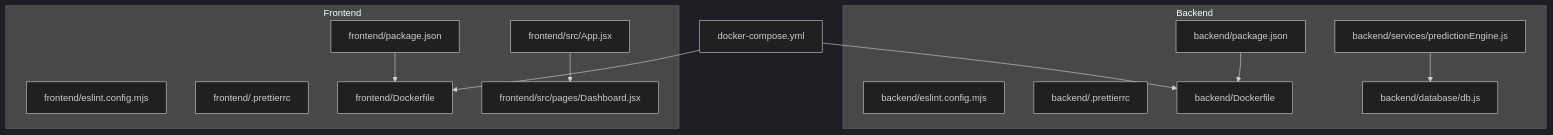
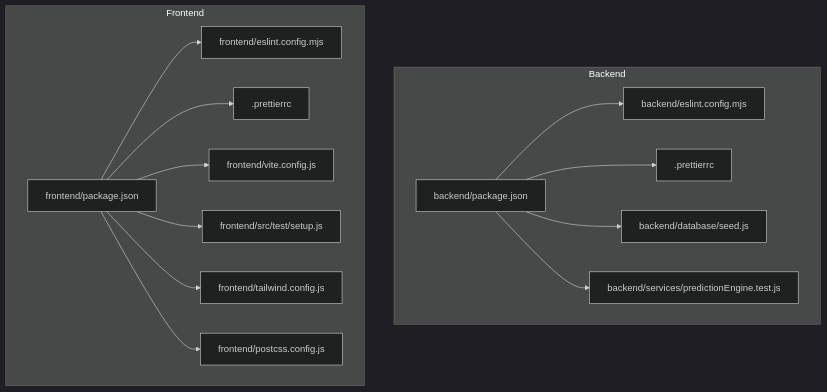
The first of 6 diagrams in .qoder/repowiki/en/content/Development Guidelines.md (cheesiong/WC26-qwen), drawn with Mermaid (dark theme) before and after one commit. The commit also changed other lines of this file and 181 other files, not shown here.

````diff
--- a/.qoder/repowiki/en/content/Development Guidelines.md
+++ b/.qoder/repowiki/en/content/Development Guidelines.md
@@ -44,26 +51,29 @@
 ```mermaid
 graph TB
 subgraph "Backend"
 BE_PKG["backend/package.json"]
-BE_ESL["backend/eslint.config.mjs"]
-BE_PRT["backend/.prettierrc"]
-BE_DOCK["backend/Dockerfile"]
-BE_DB["backend/database/db.js"]
-BE_SRV["backend/services/predictionEngine.js"]
+BE_ESLINT["backend/eslint.config.mjs"]
+BE_PRETTIER[".prettierrc"]
+BE_DB["backend/database/seed.js"]
+BE_TEST["backend/services/predictionEngine.test.js"]
 end
 subgraph "Frontend"
 FE_PKG["frontend/package.json"]
-FE_ESL["frontend/eslint.config.mjs"]
-FE_PRT["frontend/.prettierrc"]
-FE_DOCK["frontend/Dockerfile"]
-FE_APP["frontend/src/App.jsx"]
-FE_DASH["frontend/src/pages/Dashboard.jsx"]
+FE_ESLINT["frontend/eslint.config.mjs"]
+FE_PRETTIER[".prettierrc"]
+FE_VITE["frontend/vite.config.js"]
+FE_SETUP["frontend/src/test/setup.js"]
+FE_TAILWIND["frontend/tailwind.config.js"]
+FE_POSTCSS["frontend/postcss.config.js"]
 end
-DC["docker-compose.yml"]
-BE_PKG --> BE_DOCK
-FE_PKG --> FE_DOCK
-DC --> BE_DOCK
-DC --> FE_DOCK
-BE_SRV --> BE_DB
-FE_APP --> FE_DASH
+BE_PKG --> BE_ESLINT
+BE_PKG --> BE_PRETTIER
+BE_PKG --> BE_DB
+BE_PKG --> BE_TEST
+FE_PKG --> FE_ESLINT
+FE_PKG --> FE_PRETTIER
+FE_PKG --> FE_VITE
+FE_PKG --> FE_SETUP
+FE_PKG --> FE_TAILWIND
+FE_PKG --> FE_POSTCSS
 ```
````
